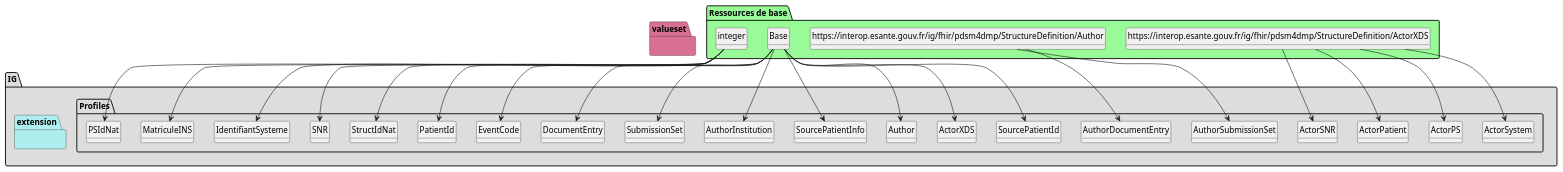
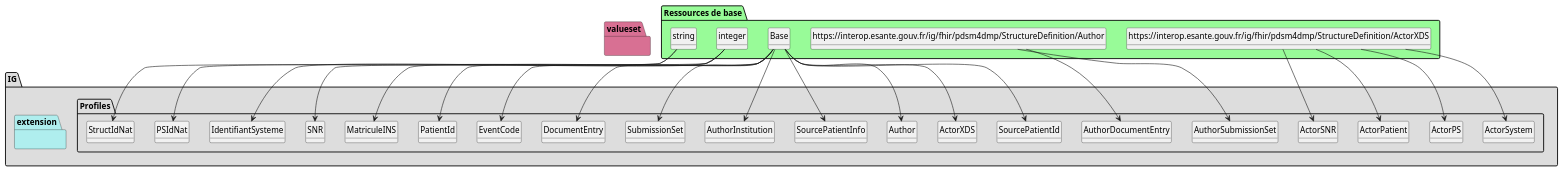
One commit to ansforge/IG-FHIR-PDSM4DMP-EEDS changed the diagram in add-info-dmp/plantuml/graph.puml. Above: the diagram before and after it, drawn with PlantUML. The commit also changed 385 other files, not shown here.

```diff
--- a/add-info-dmp/plantuml/graph.puml
+++ b/add-info-dmp/plantuml/graph.puml
@@ -58,7 +58,7 @@
              ActorXDS.XCN2 => [1..1]
              ActorXDS.XCN3 => [1..1]
              ActorXDS.XCN9 => [1..1]
-             ActorXDS.XCN9.composant1 => [1..1]
+             ActorXDS.XCN9.composant1 => [0..0]
              ActorXDS.XCN9.composant2 => [1..1]
              ActorXDS.XCN9.composant3 => [1..1]
              ActorXDS.XCN10 => [1..1]
@@ -69,7 +69,7 @@
 
              Author => [None..None]
              Author.institution => [0..1]
-             Author.person => [1..1]
+             Author.person[x] => [1..1]
              Author.role => [0..*]
              Author.specialty => [0..1]
         } 
@@ -78,7 +78,7 @@
 
              AuthorDocumentEntry => [None..None]
              AuthorDocumentEntry.institution => [None..None]
-             AuthorDocumentEntry.person => [None..None]
+             AuthorDocumentEntry.person[x] => [None..None]
              AuthorDocumentEntry.role => [None..None]
              AuthorDocumentEntry.specialty => [None..None]
         } 
@@ -88,7 +88,7 @@
              AuthorInstitution => [None..None]
              AuthorInstitution.XON1 => [1..1]
              AuthorInstitution.XON6 => [1..1]
-             AuthorInstitution.XON6.composant1 => [1..1]
+             AuthorInstitution.XON6.composant1 => [0..0]
              AuthorInstitution.XON6.composant2 => [1..1]
              AuthorInstitution.XON6.composant3 => [1..1]
              AuthorInstitution.XON7 => [1..1]
@@ -99,7 +99,7 @@
 
              AuthorSubmissionSet => [None..None]
              AuthorSubmissionSet.institution => [None..None]
-             AuthorSubmissionSet.person => [None..None]
+             AuthorSubmissionSet.person[x] => [None..None]
              AuthorSubmissionSet.role => [None..None]
         } 
 
@@ -280,9 +280,9 @@
 
     class157db7df530023575515d366c9b672e8 --> MatriculeINS
 
- class "integer" as  class157db7df530023575515d366c9b672e8 
+ class "string" as  classb45cffe084dd3d20d928bee85e7b0f21 
 
-    class157db7df530023575515d366c9b672e8 --> PSIdNat
+    classb45cffe084dd3d20d928bee85e7b0f21 --> PSIdNat
 
  class "Base" as  class095a1b43effec73955e31e790438de49 
 
@@ -300,9 +300,9 @@
 
     class095a1b43effec73955e31e790438de49 --> SourcePatientInfo
 
- class "integer" as  class157db7df530023575515d366c9b672e8 
+ class "string" as  classb45cffe084dd3d20d928bee85e7b0f21 
 
-    class157db7df530023575515d366c9b672e8 --> StructIdNat
+    classb45cffe084dd3d20d928bee85e7b0f21 --> StructIdNat
 
  class "Base" as  class095a1b43effec73955e31e790438de49 
 
```
